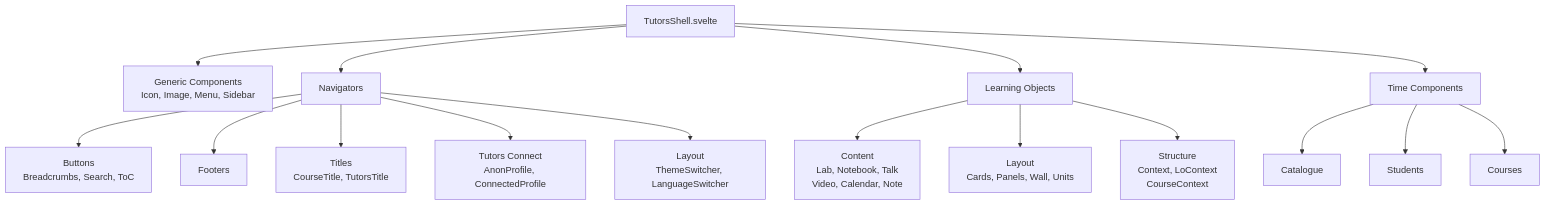
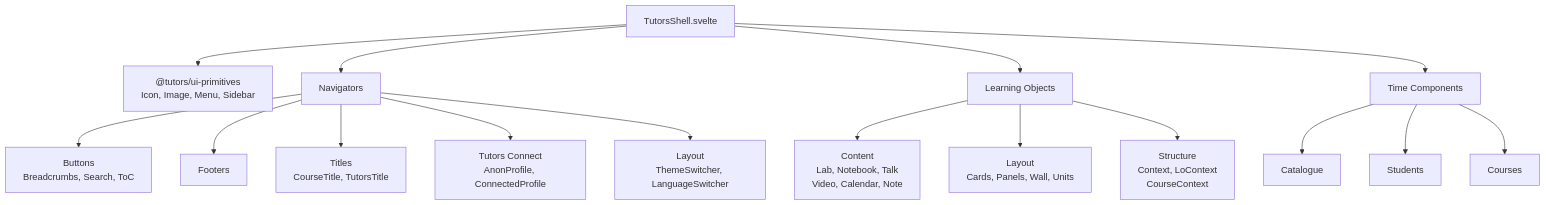
One commit to tutors-sdk/workshop-2024 changed the sixth of 13 diagrams in unit-4-implement/note-architecture/note-architecture.md. Above: the diagram before and after it, drawn with Mermaid. The commit also changed other lines of this file, not shown here.

Commit message:
update diagrams

````diff
--- a/unit-4-implement/note-architecture/note-architecture.md
+++ b/unit-4-implement/note-architecture/note-architecture.md
@@ -958,23 +999,23 @@
 ```mermaid
 graph TD
   shell["TutorsShell.svelte"]
 
-  shell --> components["Generic Components<br/>Icon, Image, Menu, Sidebar"]
+  shell --> primitives["@tutors/ui-primitives<br/>Icon, Image, Menu, Sidebar"]
   shell --> nav["Navigators"]
   shell --> lo["Learning Objects"]
   shell --> time_comp["Time Components"]
 
   nav --> buttons["Buttons<br/>Breadcrumbs, Search, ToC"]
   nav --> footers["Footers"]
   nav --> titles["Titles<br/>CourseTitle, TutorsTitle"]
   nav --> tutors_connect["Tutors Connect<br/>AnonProfile, ConnectedProfile"]
   nav --> layout_nav["Layout<br/>ThemeSwitcher, LanguageSwitcher"]
 
   lo --> content["Content<br/>Lab, Notebook, Talk<br/>Video, Calendar, Note"]
   lo --> layout_lo["Layout<br/>Cards, Panels, Wall, Units"]
   lo --> structure["Structure<br/>Context, LoContext<br/>CourseContext"]
 
   time_comp --> catalogue_view["Catalogue"]
   time_comp --> students["Students"]
   time_comp --> courses["Courses"]
 ```
````
